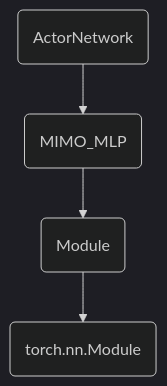
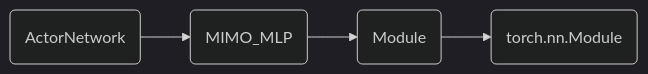
One commit to dangthanhan507/dangthanhan507.github.io changed the first of 3 diagrams in code-notes/bc-notes/diffusion_policy.md. Above: the diagram before and after it, drawn with Mermaid (dark theme). The commit also changed other lines of this file, not shown here.

````diff
--- a/code-notes/bc-notes/diffusion_policy.md
+++ b/code-notes/bc-notes/diffusion_policy.md
@@ -94,4 +95,4 @@
 ```mermaid
-flowchart TD
+flowchart LR
     A(ActorNetwork) --> B(MIMO_MLP) --> C(Module) --> D(torch.nn.Module)
 ```
````
